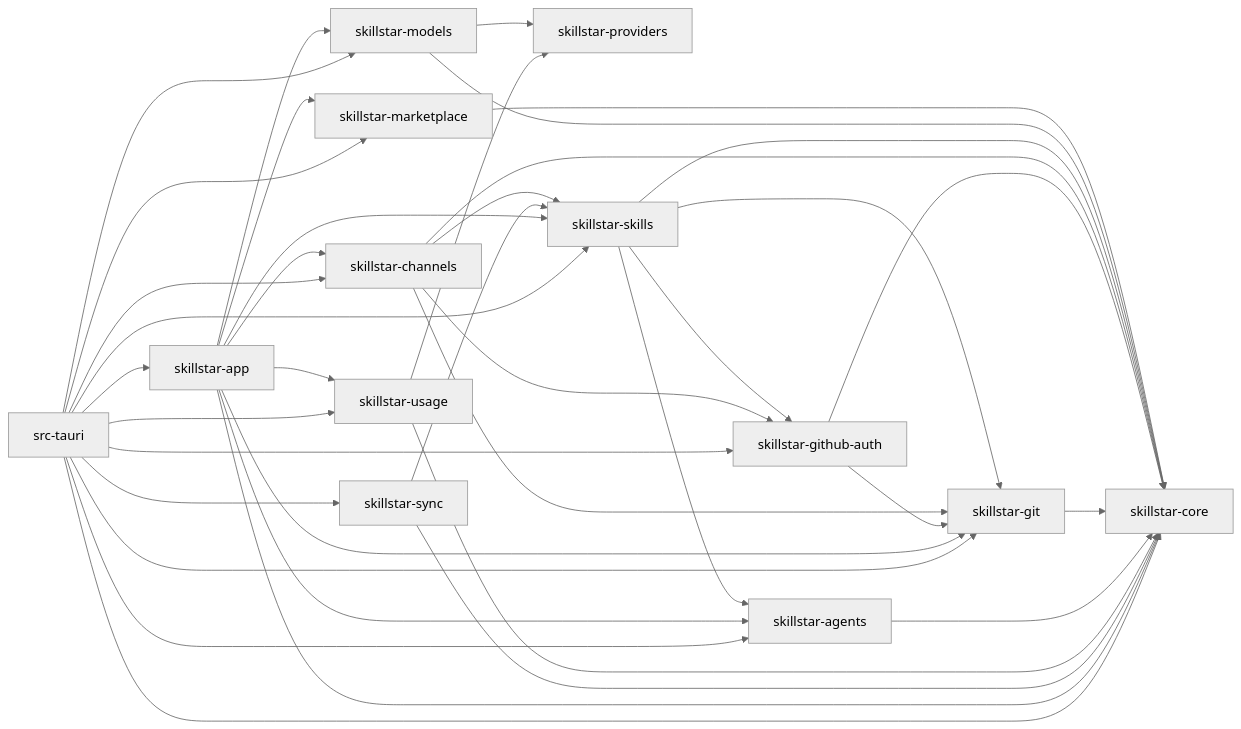
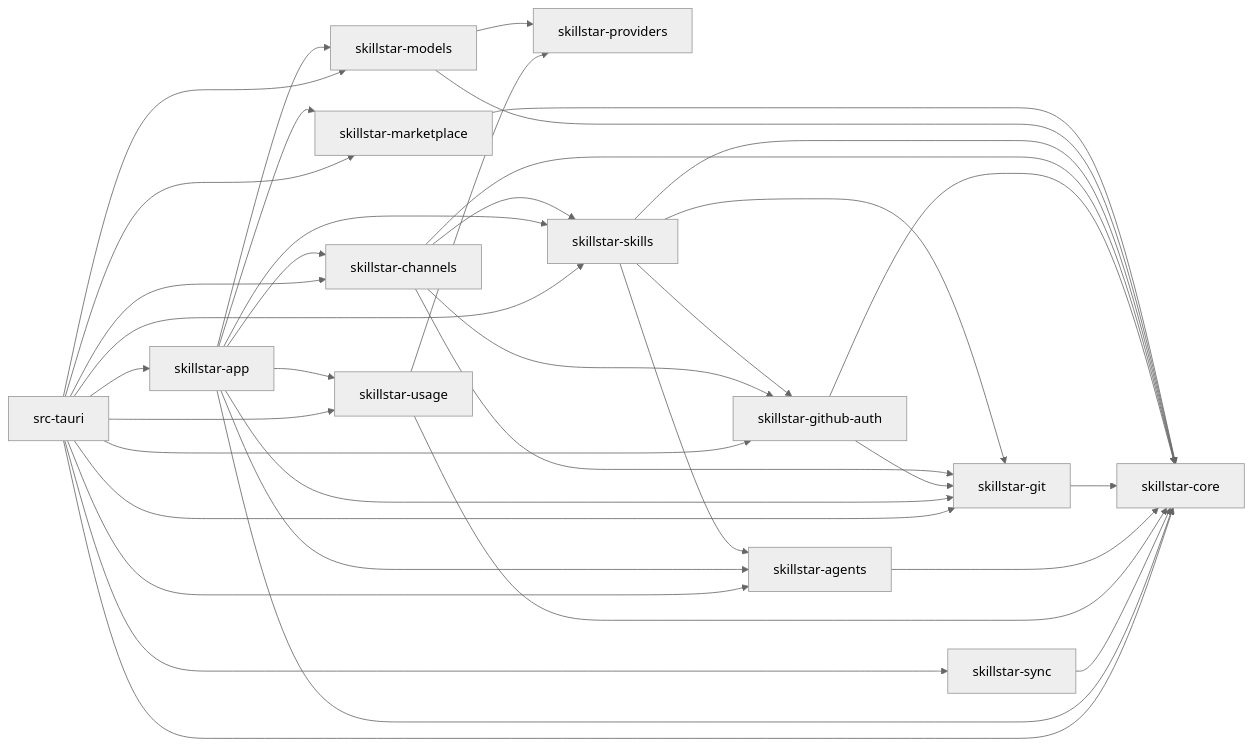
Before and after one commit to xxww0098/SkillStar: the diagram in docs/boundaries.md, drawn with Mermaid (neutral theme). The commit also changed other lines of this file and 3 other files, not shown here.

First line of the commit message:
fix(sync): drop unused skillstar-skills dependency

````diff
--- a/docs/boundaries.md
+++ b/docs/boundaries.md
@@ -69,55 +69,54 @@
 ```mermaid
 flowchart LR
   providers["skillstar-providers"]
   core["skillstar-core"]
   git["skillstar-git"]
   agents["skillstar-agents"]
   auth["skillstar-github-auth"]
   skills["skillstar-skills"]
   channels["skillstar-channels"]
   market["skillstar-marketplace"]
   models["skillstar-models"]
   usage["skillstar-usage"]
   sync["skillstar-sync"]
   app["skillstar-app"]
   tauri["src-tauri"]
 
   market --> core
   models --> core
   models --> providers
   skills --> core
   skills --> git
   skills --> agents
   skills --> auth
   channels --> core
   channels --> git
   channels --> skills
   channels --> auth
   auth --> git
   auth --> core
   git --> core
   agents --> core
   usage --> core
   usage --> providers
   sync --> core
-  sync --> skills
   app --> core
   app --> skills
   app --> git
   app --> agents
   app --> channels
   app --> market
   app --> models
   app --> usage
   tauri --> app
   tauri --> core
   tauri --> skills
   tauri --> git
   tauri --> agents
   tauri --> auth
   tauri --> channels
   tauri --> market
   tauri --> models
   tauri --> usage
   tauri --> sync
 ```
````
